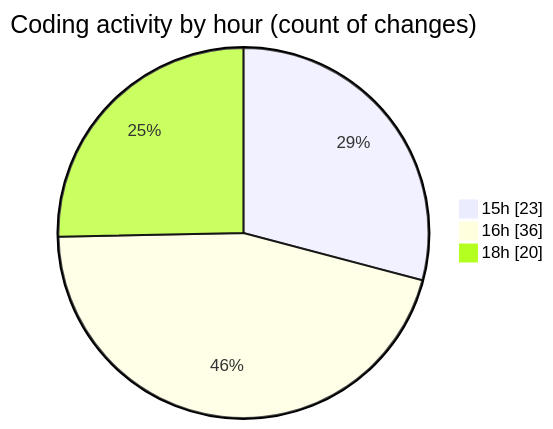
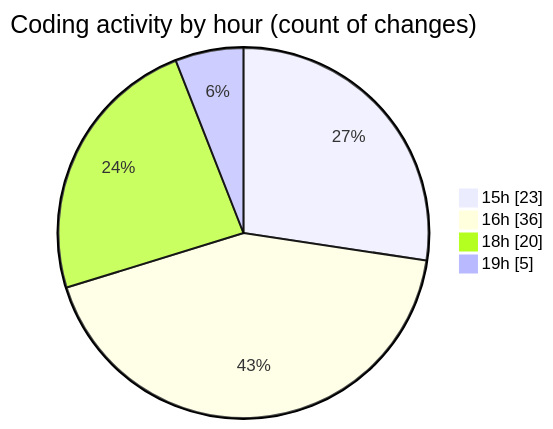
Before and after one commit to Netris89/code-tracking: the second of 2 diagrams in 2025-04-01/back-end/README.md, drawn with Mermaid. The commit also changed other lines of this file and 1 other file, not shown here.

````diff
--- a/2025-04-01/back-end/README.md
+++ b/2025-04-01/back-end/README.md
@@ -33,7 +34,8 @@
 ```mermaid
 pie showData
 title Coding activity by hour (count of changes)
 "15h" : 23
 "16h" : 36
 "18h" : 20
+"19h" : 5
 ```
````
